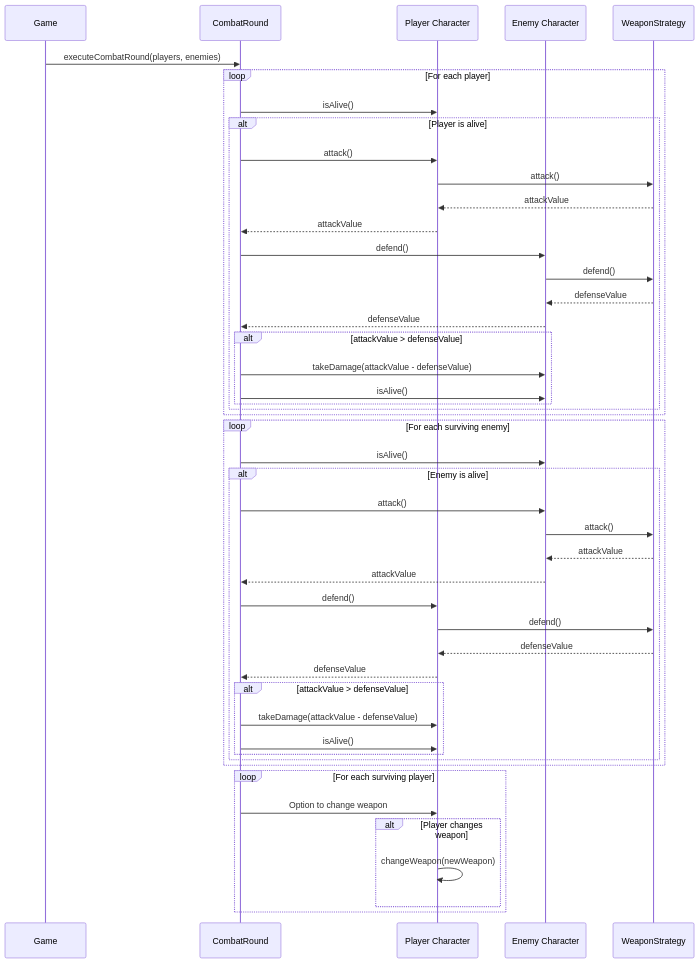
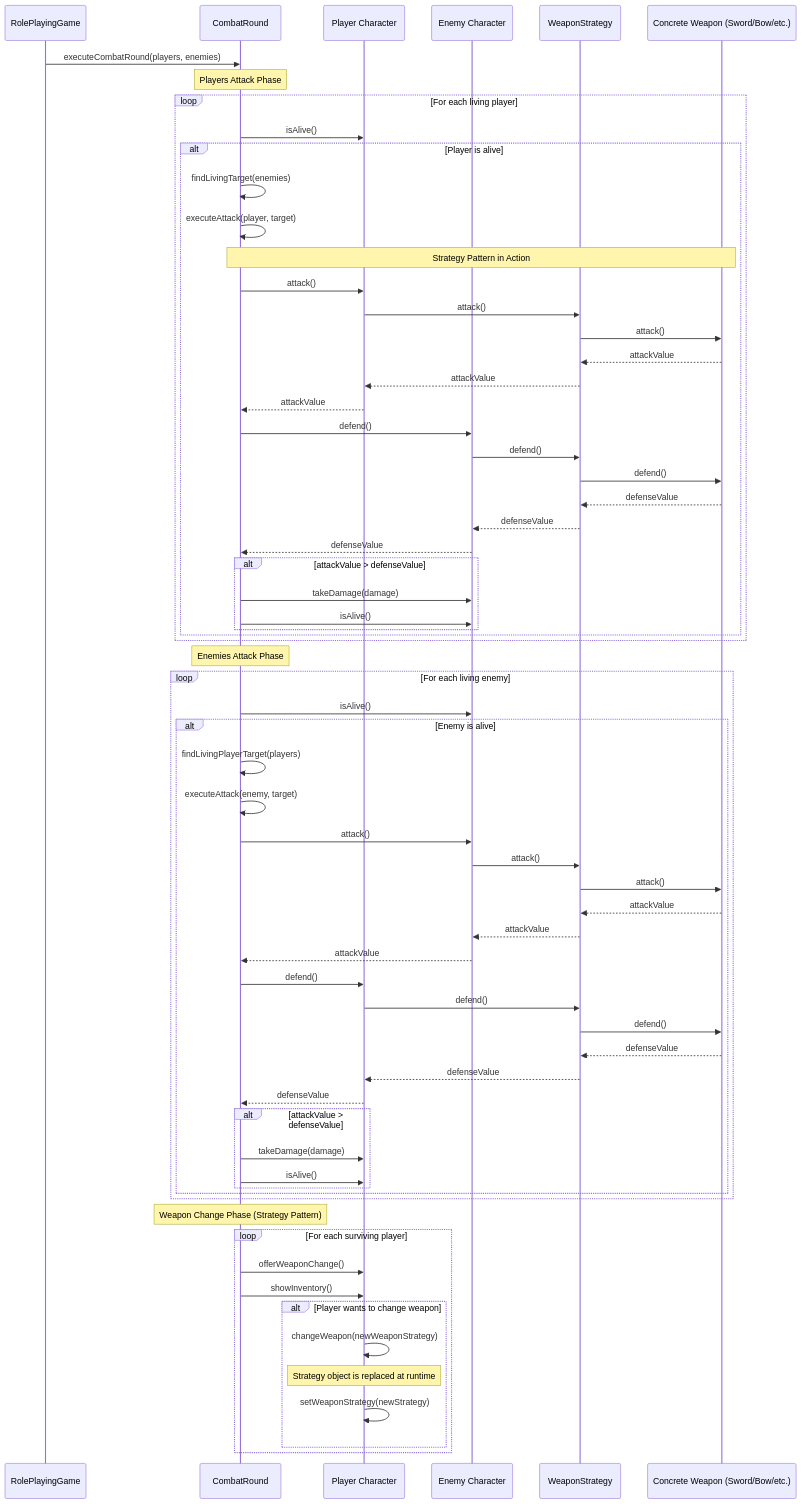
One commit to NimaWoods/Schule_Java changed the first of 2 diagrams in modules/rollenspiel/src/main/java/org/rollenspiel/diagram/sequencediagram.md. Above: the diagram before and after it, drawn with Mermaid. The commit also changed other lines of this file and 5 other files, not shown here.

Commit message:
Strategy Pattern in rollenspiel/

````diff
--- a/modules/rollenspiel/src/main/java/org/rollenspiel/diagram/sequencediagram.md
+++ b/modules/rollenspiel/src/main/java/org/rollenspiel/diagram/sequencediagram.md
@@ -2,56 +4,79 @@
 ```mermaid
 sequenceDiagram
-    participant Game
+    participant Game as RolePlayingGame
     participant CombatRound
     participant PC as Player Character
     participant Enemy as Enemy Character
     participant WeaponStrategy
+    participant ConcreteWeapon as Concrete Weapon (Sword/Bow/etc.)
 
     Game->>CombatRound: executeCombatRound(players, enemies)
-    loop For each player
+    
+    Note over CombatRound: Players Attack Phase
+    loop For each living player
         CombatRound->>PC: isAlive()
         alt Player is alive
+            CombatRound->>CombatRound: findLivingTarget(enemies)
+            CombatRound->>CombatRound: executeAttack(player, target)
+            
+            Note over CombatRound,ConcreteWeapon: Strategy Pattern in Action
             CombatRound->>PC: attack()
             PC->>WeaponStrategy: attack()
+            WeaponStrategy->>ConcreteWeapon: attack()
+            ConcreteWeapon-->>WeaponStrategy: attackValue
             WeaponStrategy-->>PC: attackValue
             PC-->>CombatRound: attackValue
             
             CombatRound->>Enemy: defend()
             Enemy->>WeaponStrategy: defend()
+            WeaponStrategy->>ConcreteWeapon: defend()
+            ConcreteWeapon-->>WeaponStrategy: defenseValue
             WeaponStrategy-->>Enemy: defenseValue
             Enemy-->>CombatRound: defenseValue
             
             alt attackValue > defenseValue
-                CombatRound->>Enemy: takeDamage(attackValue - defenseValue)
+                CombatRound->>Enemy: takeDamage(damage)
                 CombatRound->>Enemy: isAlive()
             end
         end
     end
     
-    loop For each surviving enemy
+    Note over CombatRound: Enemies Attack Phase
+    loop For each living enemy
         CombatRound->>Enemy: isAlive()
         alt Enemy is alive
+            CombatRound->>CombatRound: findLivingPlayerTarget(players)
+            CombatRound->>CombatRound: executeAttack(enemy, target)
+            
             CombatRound->>Enemy: attack()
             Enemy->>WeaponStrategy: attack()
+            WeaponStrategy->>ConcreteWeapon: attack()
+            ConcreteWeapon-->>WeaponStrategy: attackValue
             WeaponStrategy-->>Enemy: attackValue
             Enemy-->>CombatRound: attackValue
             
             CombatRound->>PC: defend()
             PC->>WeaponStrategy: defend()
+            WeaponStrategy->>ConcreteWeapon: defend()
+            ConcreteWeapon-->>WeaponStrategy: defenseValue
             WeaponStrategy-->>PC: defenseValue
             PC-->>CombatRound: defenseValue
             
             alt attackValue > defenseValue
-                CombatRound->>PC: takeDamage(attackValue - defenseValue)
+                CombatRound->>PC: takeDamage(damage)
                 CombatRound->>PC: isAlive()
             end
         end
     end
     
+    Note over CombatRound: Weapon Change Phase (Strategy Pattern)
     loop For each surviving player
-        CombatRound->>PC: Option to change weapon
-        alt Player changes weapon
-            PC->>PC: changeWeapon(newWeapon)
+        CombatRound->>PC: offerWeaponChange()
+        CombatRound->>PC: showInventory()
+        alt Player wants to change weapon
+            PC->>PC: changeWeapon(newWeaponStrategy)
+            Note over PC: Strategy object is replaced at runtime
+            PC->>PC: setWeaponStrategy(newStrategy)
         end
     end
 ```
````
